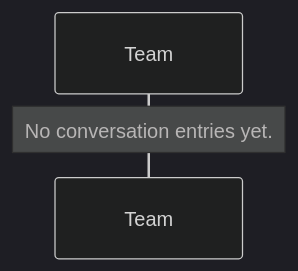
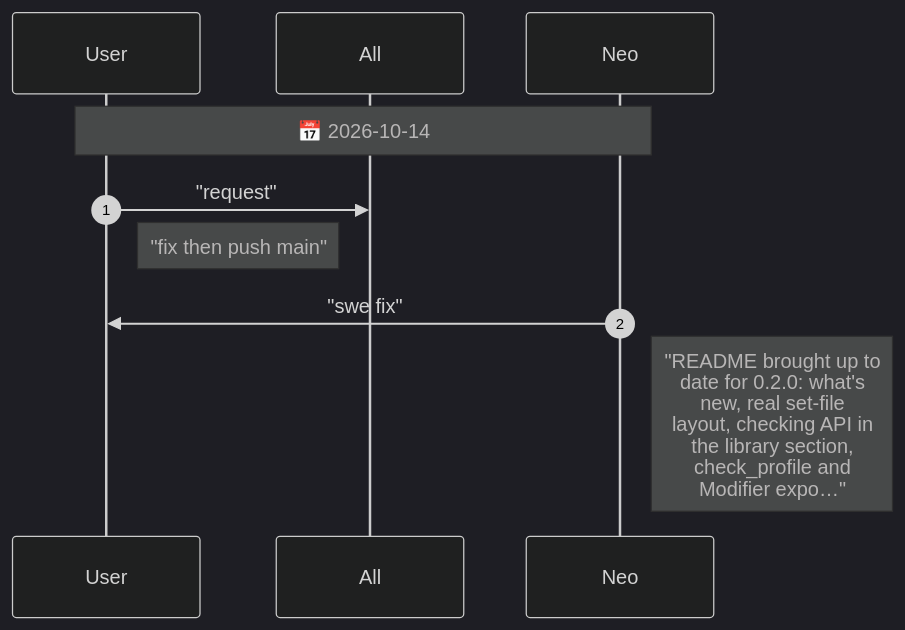
One commit to drusifer/fingerling changed the diagram in agents/CHAT.diagram.md. Above: the diagram before and after it, drawn with Mermaid (dark theme). The commit also changed 4 other files, not shown here.

````diff
--- a/agents/CHAT.diagram.md
+++ b/agents/CHAT.diagram.md
@@ -5,5 +5,13 @@
 ```mermaid
 %%{init: {"sequence": {"messageFontSize": 14, "noteFontSize": 18, "actorFontSize": 14}}}%%
 sequenceDiagram
-    Note over Team: No conversation entries yet.
+    autonumber
+    participant User
+    participant All
+    participant Neo
+    Note over User,Neo: 📅 2026-10-14
+    User->>All: "request"
+    Note right of User: "fix then push main"
+    Neo->>User: "swe fix"
+    Note right of Neo: "README brought up to<br/>date for 0.2.0: what's<br/>new, real set-file<br/>layout, checking API in<br/>the library section,<br/>check_profile and<br/>Modifier expo…"
 ```
````
